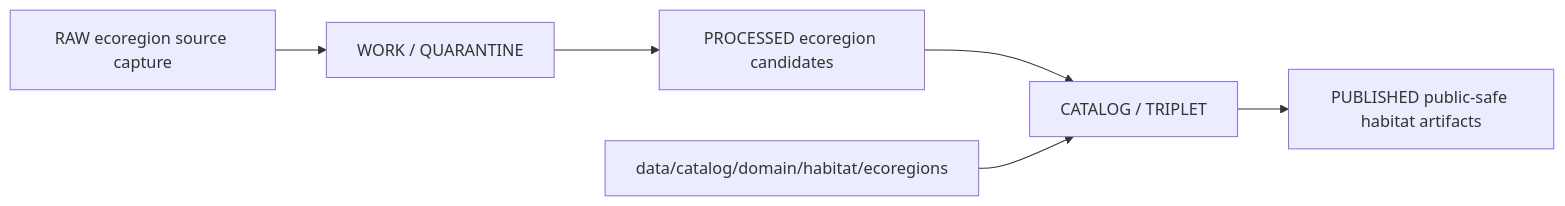
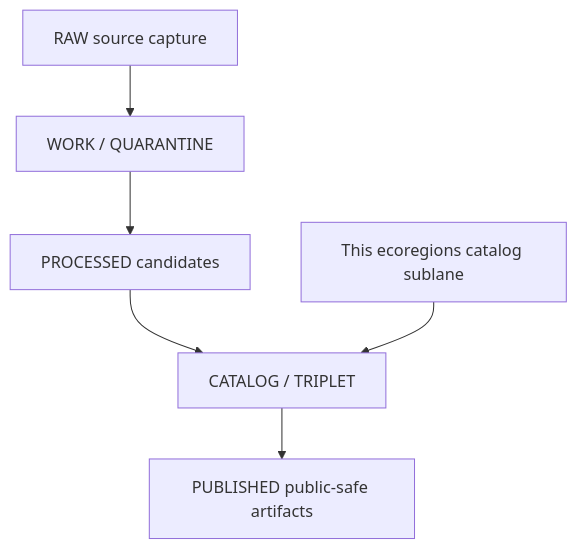
The diagram in data/catalog/domain/habitat/ecoregions/README.md (bartytime4life/Kansas-Frontier-Matrix), drawn with Mermaid before and after one commit. The commit also changed other lines of this file, not shown here.

Commit message:
docs: modernize Habitat ecoregions catalog README

````diff
--- a/data/catalog/domain/habitat/ecoregions/README.md
+++ b/data/catalog/domain/habitat/ecoregions/README.md
@@ -70,8 +85,8 @@
 ```mermaid
-flowchart LR
-  RAW[RAW ecoregion source capture] --> WORK[WORK / QUARANTINE]
-  WORK --> PROCESSED[PROCESSED ecoregion candidates]
-  PROCESSED --> CATALOG[CATALOG / TRIPLET]
-  CATALOG --> PUBLISHED[PUBLISHED public-safe habitat artifacts]
-  ECO[data/catalog/domain/habitat/ecoregions] --> CATALOG
+flowchart TD
+  RAW["RAW source capture"] --> HOLD["WORK / QUARANTINE"]
+  HOLD --> PROCESSED["PROCESSED candidates"]
+  PROCESSED --> CATALOG["CATALOG / TRIPLET"]
+  CATALOG --> PUBLISHED["PUBLISHED public-safe artifacts"]
+  LANE["This ecoregions catalog sublane"] --> CATALOG
 ```
````
